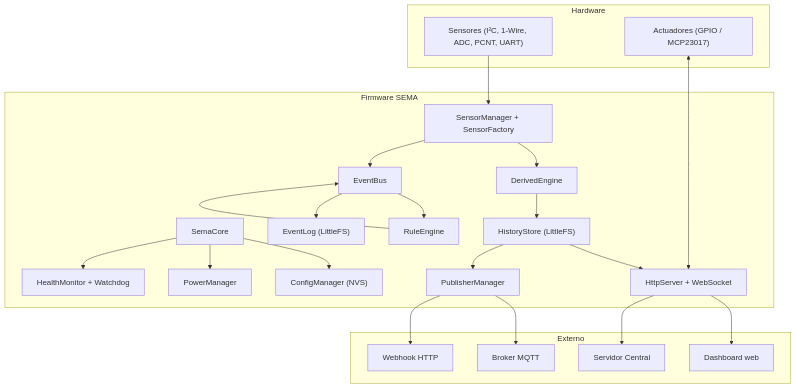
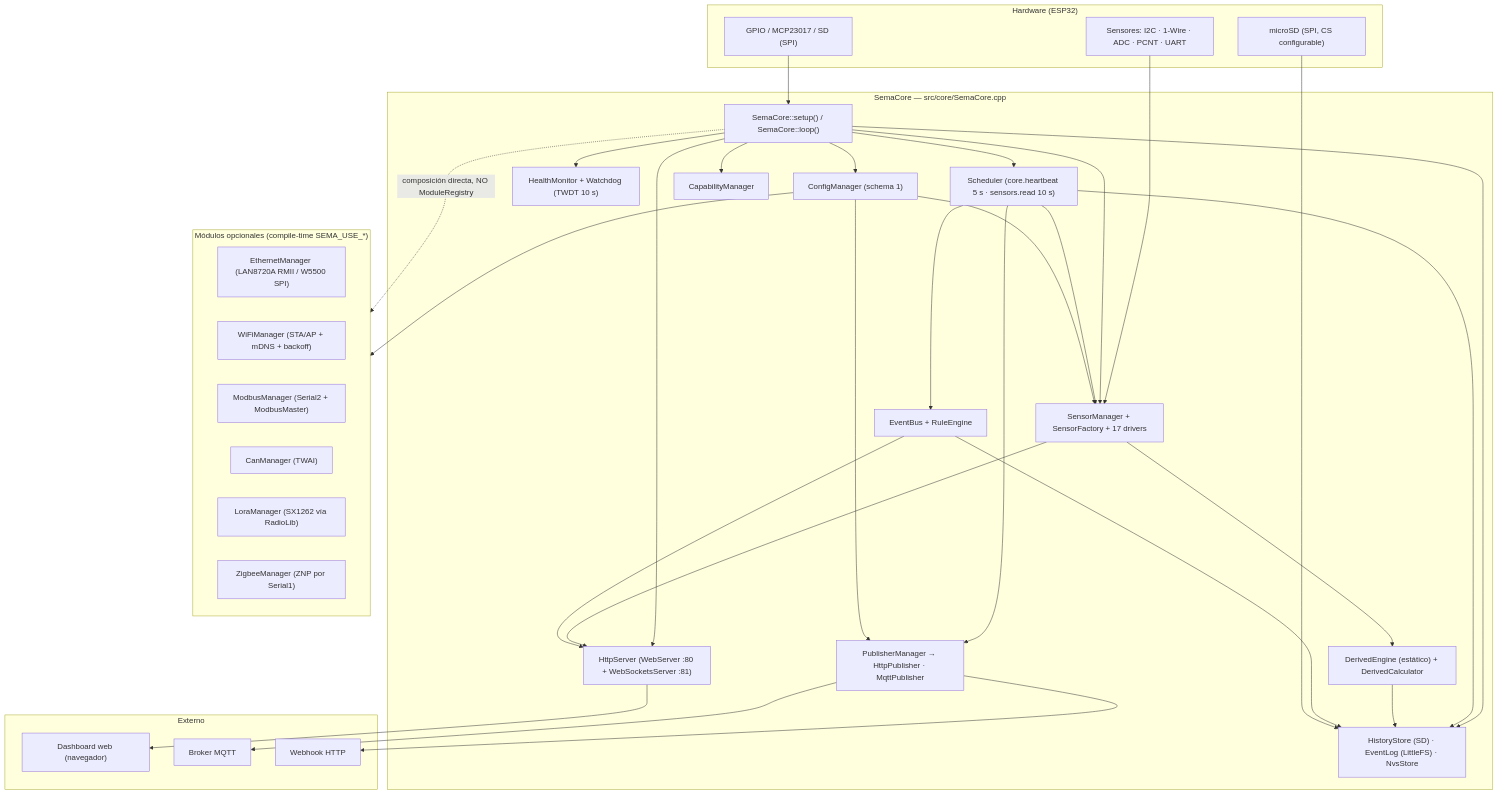
The first of 8 diagrams in docs/es/sema/Diagramas.md (AlessandroKlein/Docs), drawn with Mermaid before and after one commit. The commit also changed other lines of this file and 68 other files, not shown here.

````diff
--- a/docs/es/sema/Diagramas.md
+++ b/docs/es/sema/Diagramas.md
@@ -13,42 +17,64 @@
 ```mermaid
 flowchart TB
-    subgraph HW["Hardware"]
-        S["Sensores (I²C, 1-Wire, ADC, PCNT, UART)"]
-        A["Actuadores (GPIO / MCP23017)"]
+    subgraph HW["Hardware (ESP32)"]
+        SENS["Sensores: I2C · 1-Wire · ADC · PCNT · UART"]
+        ACT["GPIO / MCP23017 / SD (SPI)"]
+        SD["microSD (SPI, CS configurable)"]
     end
 
-    subgraph FW["Firmware SEMA"]
-        core["SemaCore"]
-        sensors["SensorManager + SensorFactory"]
-        config["ConfigManager (NVS)"]
-        events["EventBus"]
-        rules["RuleEngine"]
-        derived["DerivedEngine"]
-        history["HistoryStore (LittleFS)"]
-        eventlog["EventLog (LittleFS)"]
-        publishers["PublisherManager"]
-        web["HttpServer + WebSocket"]
-        power["PowerManager"]
-        health["HealthMonitor + Watchdog"]
+    subgraph CORE["SemaCore — src/core/SemaCore.cpp"]
+        SC["SemaCore::setup() / SemaCore::loop()"]
+        SENSORS["SensorManager + SensorFactory + 17 drivers"]
+        DERIV["DerivedEngine (estático) + DerivedCalculator"]
+        STORE["HistoryStore (SD) · EventLog (LittleFS) · NvsStore"]
+        CFG["ConfigManager (schema 1)"]
+        BUS["EventBus + RuleEngine"]
+        PUB["PublisherManager → HttpPublisher · MqttPublisher"]
+        WEB["HttpServer (WebServer :80 + WebSocketsServer :81)"]
+        HEALTH["HealthMonitor + Watchdog (TWDT 10 s)"]
+        SCHED["Scheduler (core.heartbeat 5 s · sensors.read 10 s)"]
+        CAPS["CapabilityManager"]
+    end
+
+    subgraph OPT["Módulos opcionales (compile-time SEMA_USE_*)"]
+        ETH["EthernetManager (LAN8720A RMII / W5500 SPI)"]
+        WIFI["WiFiManager (STA/AP + mDNS + backoff)"]
+        MODBUS["ModbusManager (Serial2 + ModbusMaster)"]
+        CAN["CanManager (TWAI)"]
+        LORA["LoraManager (SX1262 vía RadioLib)"]
+        ZIG["ZigbeeManager (ZNP por Serial1)"]
     end
 
     subgraph EXT["Externo"]
-        dash["Dashboard web"]
-        mqtt["Broker MQTT"]
-        webhook["Webhook HTTP"]
-        central["Servidor Central"]
+        DASH["Dashboard web (navegador)"]
+        MQTTB["Broker MQTT"]
+        HOOK["Webhook HTTP"]
     end
 
-    S --> sensors --> derived --> history
-    sensors --> events
-    events --> rules --> events
-    events --> eventlog
-    history --> web --> dash
-    history --> publishers --> mqtt
-    publishers --> webhook
-    core --> config
-    core --> power
-    core --> health
-    web --> central
-    A <--> web
+    SENS --> SENSORS
+    SC --> CAPS
+    SC --> CFG
+    SC --> SENSORS
+    SC --> STORE
+    SC --> WEB
+    SC --> SCHED
+    SC --> HEALTH
+    SENSORS --> DERIV
+    SCHED --> SENSORS
+    SCHED --> STORE
+    SCHED --> PUB
+    SCHED --> BUS
+    SENSORS --> WEB
+    DERIV --> STORE
+    BUS --> STORE
+    BUS --> WEB
+    CFG --> SENSORS
+    CFG --> OPT
+    CFG --> PUB
+    WEB --> DASH
+    PUB --> MQTTB
+    PUB --> HOOK
+    ACT --> SC
+    SD --> STORE
+    SC -.->|"composición directa, NO ModuleRegistry"| OPT
 ```
````
